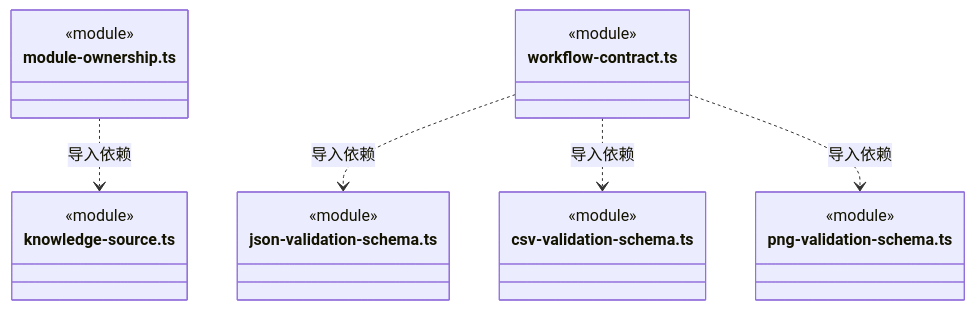
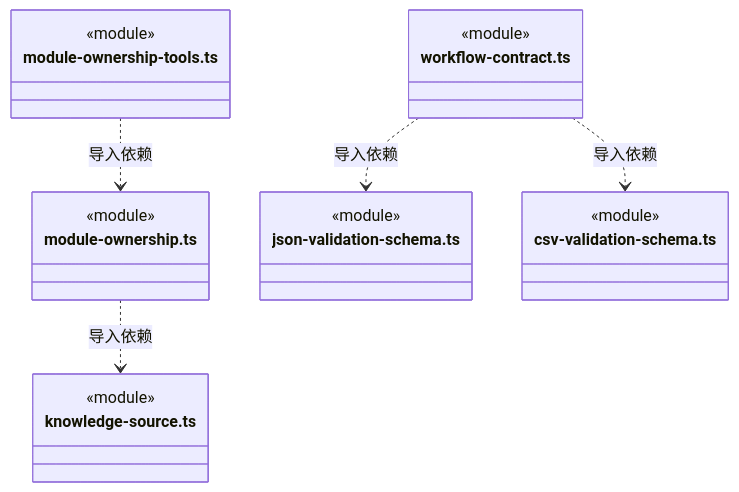
Before and after one commit to nan023062/cbim: diagram 35 of 37 in src/backend/core/workspace/ARCHITECTURE.md, drawn with Mermaid. The commit also changed other lines of this file and 58 other files, not shown here.

````diff
--- a/src/backend/core/workspace/ARCHITECTURE.md
+++ b/src/backend/core/workspace/ARCHITECTURE.md
@@ -759,25 +795,25 @@
 ```mermaid
 classDiagram
+class N_src_backend_core_workspace_module_ownership_tools_ts["module-ownership-tools.ts"] {
+  <<module>>
+}
 class N_src_backend_core_workspace_module_ownership_ts["module-ownership.ts"] {
   <<module>>
 }
 class N_src_backend_core_workspace_knowledge_source_ts["knowledge-source.ts"] {
   <<module>>
 }
 class N_src_backend_core_workspace_workflow_contract_ts["workflow-contract.ts"] {
   <<module>>
 }
 class N_src_backend_core_workspace_json_validation_schema_ts["json-validation-schema.ts"] {
   <<module>>
 }
 class N_src_backend_core_workspace_csv_validation_schema_ts["csv-validation-schema.ts"] {
   <<module>>
 }
-class N_src_backend_core_workspace_png_validation_schema_ts["png-validation-schema.ts"] {
-  <<module>>
-}
+N_src_backend_core_workspace_module_ownership_tools_ts ..> N_src_backend_core_workspace_module_ownership_ts : 导入依赖
 N_src_backend_core_workspace_module_ownership_ts ..> N_src_backend_core_workspace_knowledge_source_ts : 导入依赖
 N_src_backend_core_workspace_workflow_contract_ts ..> N_src_backend_core_workspace_json_validation_schema_ts : 导入依赖
 N_src_backend_core_workspace_workflow_contract_ts ..> N_src_backend_core_workspace_csv_validation_schema_ts : 导入依赖
-N_src_backend_core_workspace_workflow_contract_ts ..> N_src_backend_core_workspace_png_validation_schema_ts : 导入依赖
 ```
````
